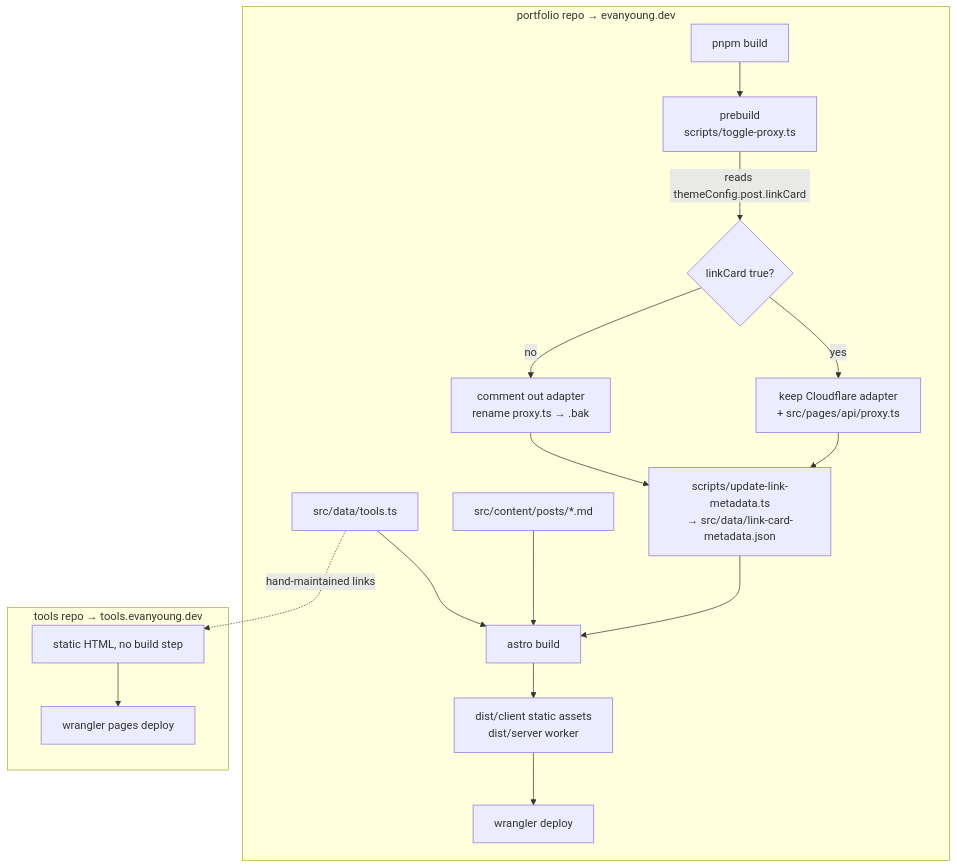
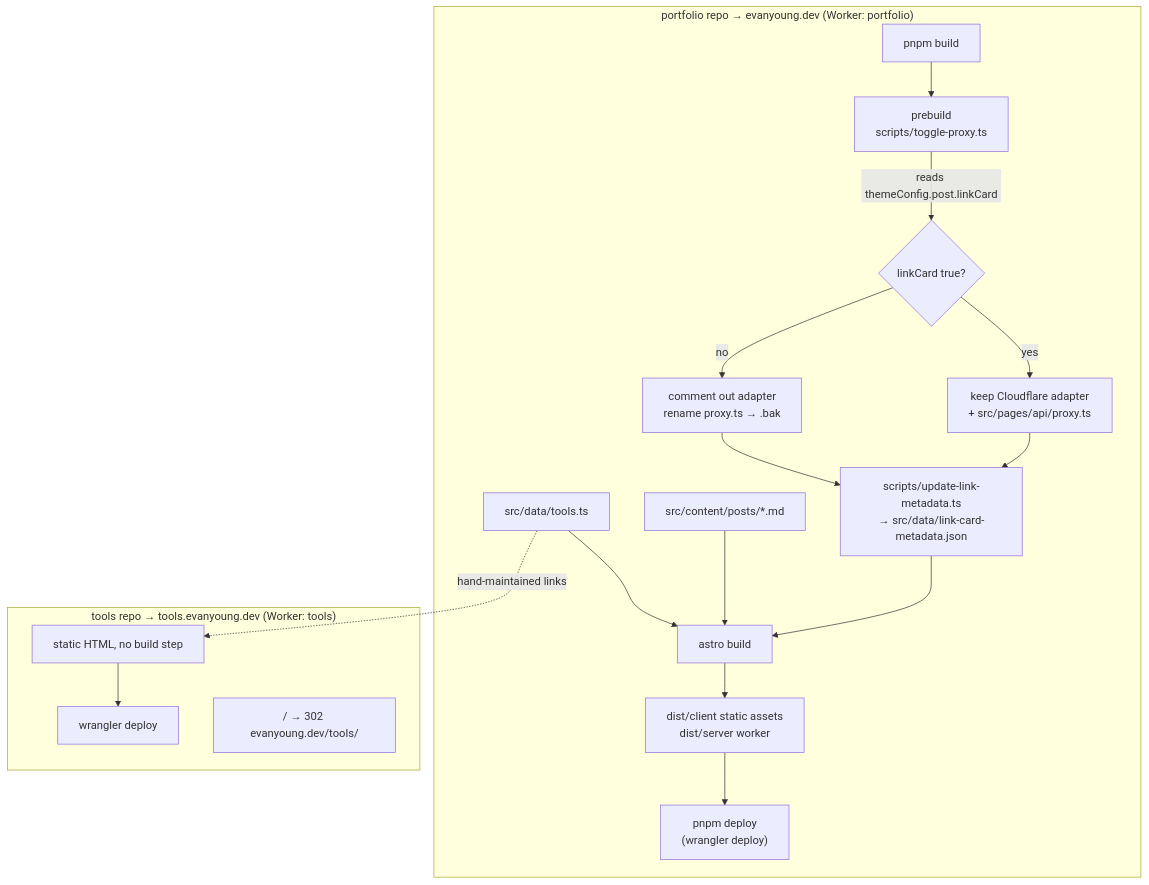
One commit to EvanDavidYoung/portfolio changed the diagram in docs/build.md. Above: the diagram before and after it, drawn with Mermaid. The commit also changed other lines of this file and 3 other files, not shown here.

First line of the commit message:
Add shadowing to /tools; document the real deploy path

````diff
--- a/docs/build.md
+++ b/docs/build.md
@@ -5,22 +6,23 @@
 ```mermaid
 flowchart TD
-  subgraph portfolio["portfolio repo → evanyoung.dev"]
+  subgraph portfolio["portfolio repo → evanyoung.dev (Worker: portfolio)"]
     A["pnpm build"] --> B["prebuild<br/>scripts/toggle-proxy.ts"]
     B -->|reads themeConfig.post.linkCard| C{linkCard true?}
     C -->|yes| D["keep Cloudflare adapter<br/>+ src/pages/api/proxy.ts"]
     C -->|no| E["comment out adapter<br/>rename proxy.ts → .bak"]
     D --> F["scripts/update-link-metadata.ts<br/>→ src/data/link-card-metadata.json"]
     E --> F
     F --> G["astro build"]
     K["src/content/posts/*.md"] --> G
     J["src/data/tools.ts"] --> G
     G --> H["dist/client static assets<br/>dist/server worker"]
-    H --> I["wrangler deploy"]
+    H --> I["pnpm deploy<br/>(wrangler deploy)"]
   end
 
-  subgraph toolsrepo["tools repo → tools.evanyoung.dev"]
-    L["static HTML, no build step"] --> M["wrangler pages deploy"]
+  subgraph toolsrepo["tools repo → tools.evanyoung.dev (Worker: tools)"]
+    L["static HTML, no build step"] --> M["wrangler deploy"]
+    N["/ → 302 evanyoung.dev/tools/"]
   end
 
   J -.->|"hand-maintained links"| L
 ```
````
